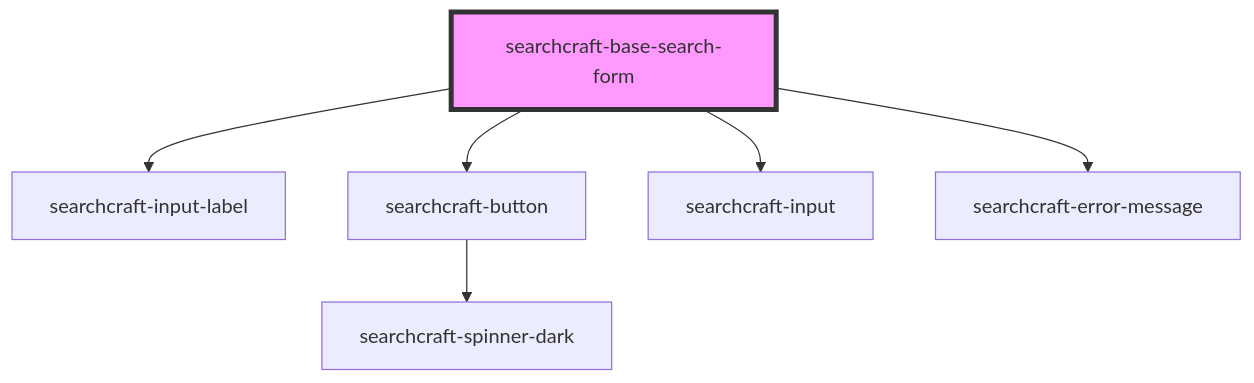
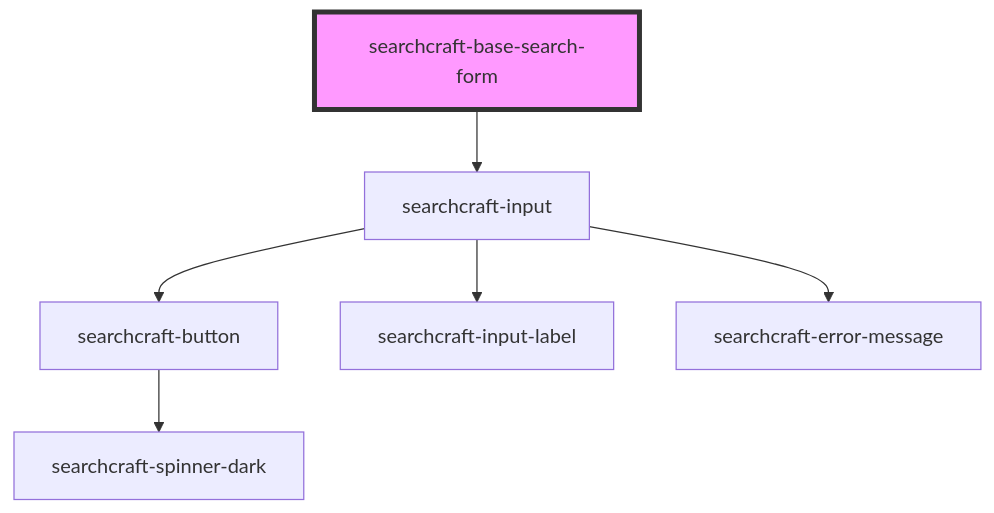
Before and after one commit to searchcraft-inc/searchcraft-javascript-sdks: the diagram in packages/javascript-sdk/src/components/searchcraft-base-search-form/readme.md, drawn with Mermaid. The commit also changed other lines of this file and 24 other files, not shown here.

Commit message:
Refactors searchcraft-input to prep for popover component re:SC-554

````diff
--- a/packages/javascript-sdk/src/components/searchcraft-base-search-form/readme.md
+++ b/packages/javascript-sdk/src/components/searchcraft-base-search-form/readme.md
@@ -36,9 +34,9 @@
 ```mermaid
 graph TD;
-  searchcraft-base-search-form --> searchcraft-input-label
-  searchcraft-base-search-form --> searchcraft-button
   searchcraft-base-search-form --> searchcraft-input
-  searchcraft-base-search-form --> searchcraft-error-message
+  searchcraft-input --> searchcraft-button
+  searchcraft-input --> searchcraft-input-label
+  searchcraft-input --> searchcraft-error-message
   searchcraft-button --> searchcraft-spinner-dark
   style searchcraft-base-search-form fill:#f9f,stroke:#333,stroke-width:4px
 ```
````
